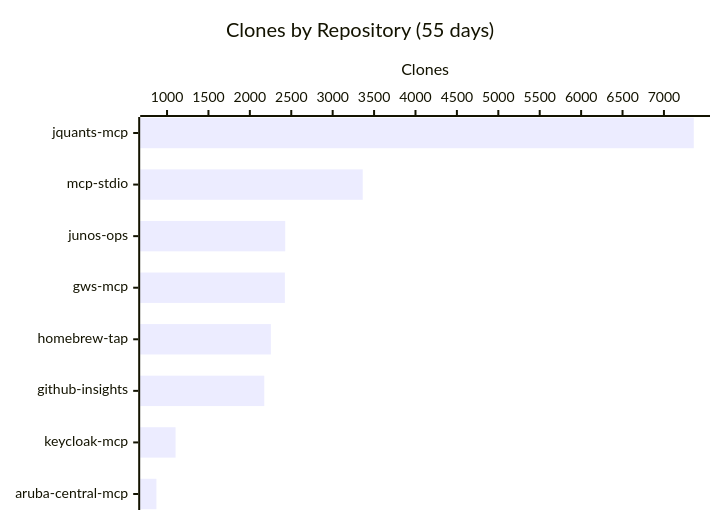
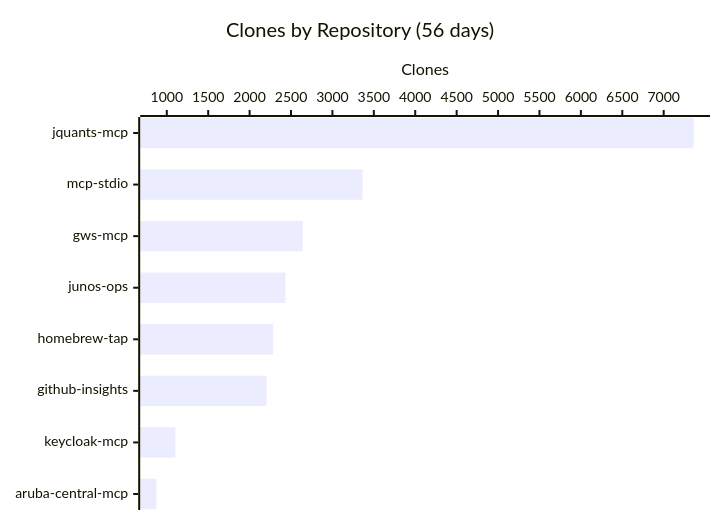
The third of 3 diagrams in README.md (shigechika/github-insights), drawn with Mermaid before and after one commit. The commit also changed other lines of this file and 2 other files, not shown here.

````diff
--- a/README.md
+++ b/README.md
@@ -38,7 +38,7 @@
 ```mermaid
 xychart-beta horizontal
-    title "Clones by Repository (55 days)"
-    x-axis ["jquants-mcp", "mcp-stdio", "junos-ops", "gws-mcp", "homebrew-tap", "github-insights", "keycloak-mcp", "aruba-central-mcp"]
+    title "Clones by Repository (56 days)"
+    x-axis ["jquants-mcp", "mcp-stdio", "gws-mcp", "junos-ops", "homebrew-tap", "github-insights", "keycloak-mcp", "aruba-central-mcp"]
     y-axis "Clones"
-    bar [7360, 3363, 2427, 2423, 2254, 2174, 1103, 872]
+    bar [7363, 3363, 2642, 2433, 2284, 2204, 1103, 875]
 ```
````
